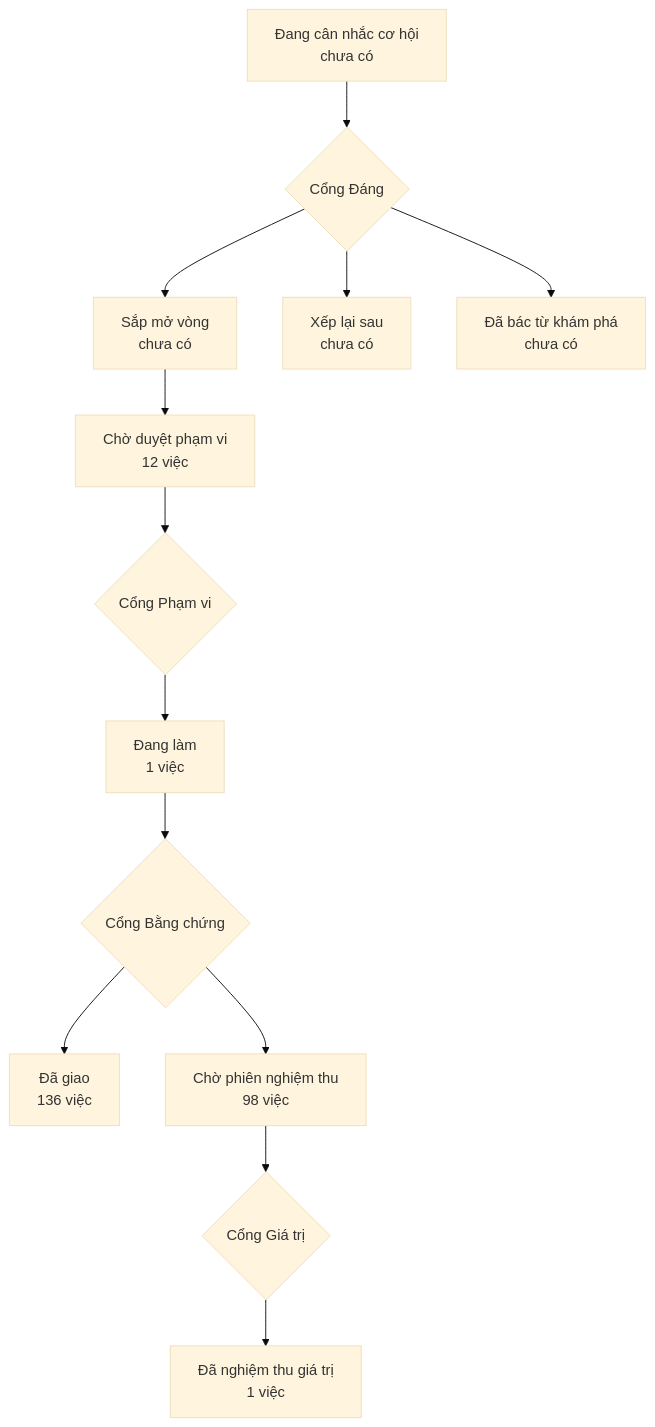
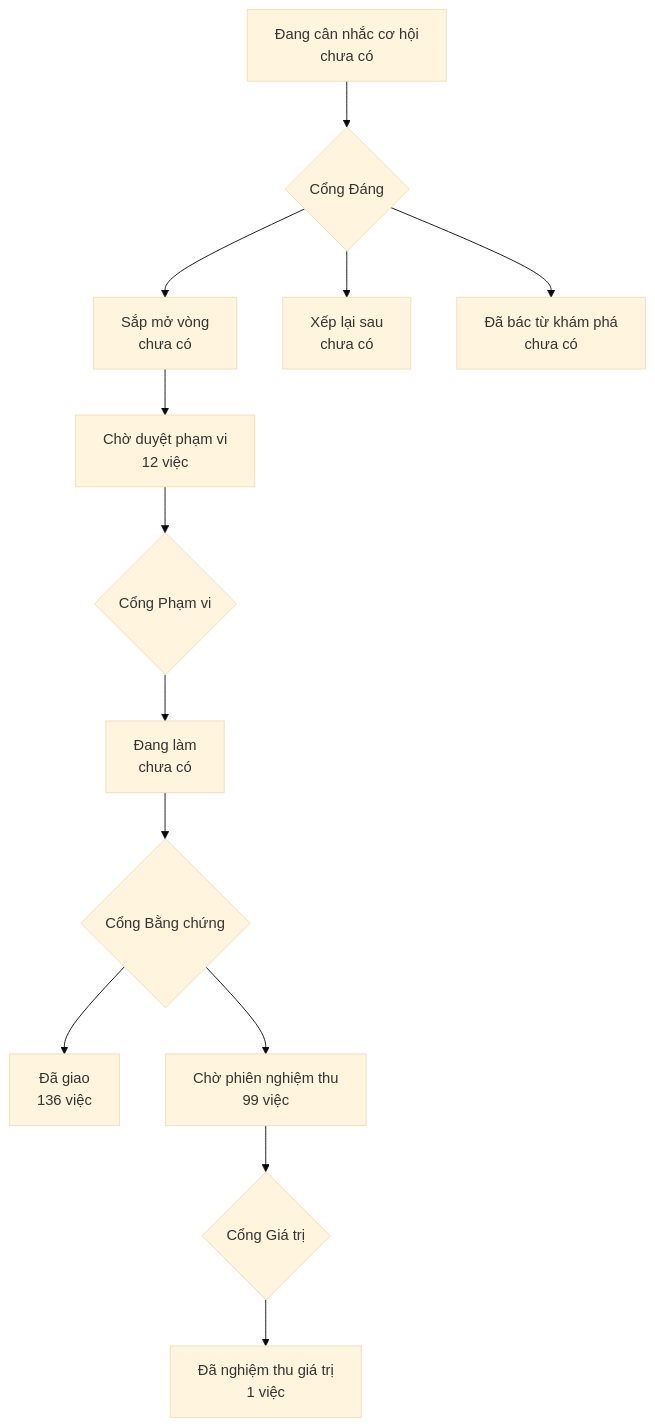
The diagram in PRODUCT-MAP.md (phanlemanh/onehub-invest), drawn with Mermaid (base theme) before and after one commit. The commit also changed other lines of this file and 5 other files, not shown here.

````diff
--- a/PRODUCT-MAP.md
+++ b/PRODUCT-MAP.md
@@ -7,12 +7,12 @@
 ```mermaid
 flowchart TD
   A["Đang cân nhắc cơ hội<br/>chưa có"] --> GD{"Cổng Đáng"}
   GD --> B["Sắp mở vòng<br/>chưa có"]
   GD --> XL["Xếp lại sau<br/>chưa có"]
   GD --> DB["Đã bác từ khám phá<br/>chưa có"]
   B --> CD["Chờ duyệt phạm vi<br/>12 việc"] --> GP{"Cổng Phạm vi"}
-  GP --> DL["Đang làm<br/>1 việc"] --> GB{"Cổng Bằng chứng"}
+  GP --> DL["Đang làm<br/>chưa có"] --> GB{"Cổng Bằng chứng"}
   GB --> DG["Đã giao<br/>136 việc"]
-  GB --> CN["Chờ phiên nghiệm thu<br/>98 việc"] --> GG{"Cổng Giá trị"}
+  GB --> CN["Chờ phiên nghiệm thu<br/>99 việc"] --> GG{"Cổng Giá trị"}
   GG --> NT["Đã nghiệm thu giá trị<br/>1 việc"]
 ```
````
